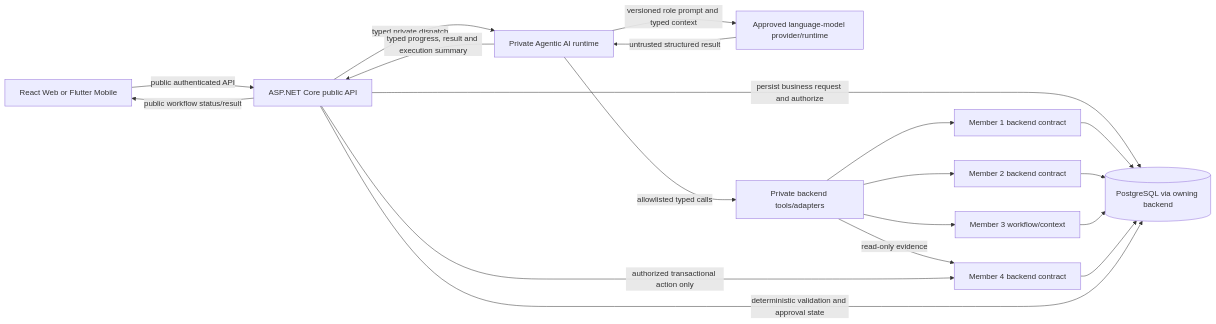
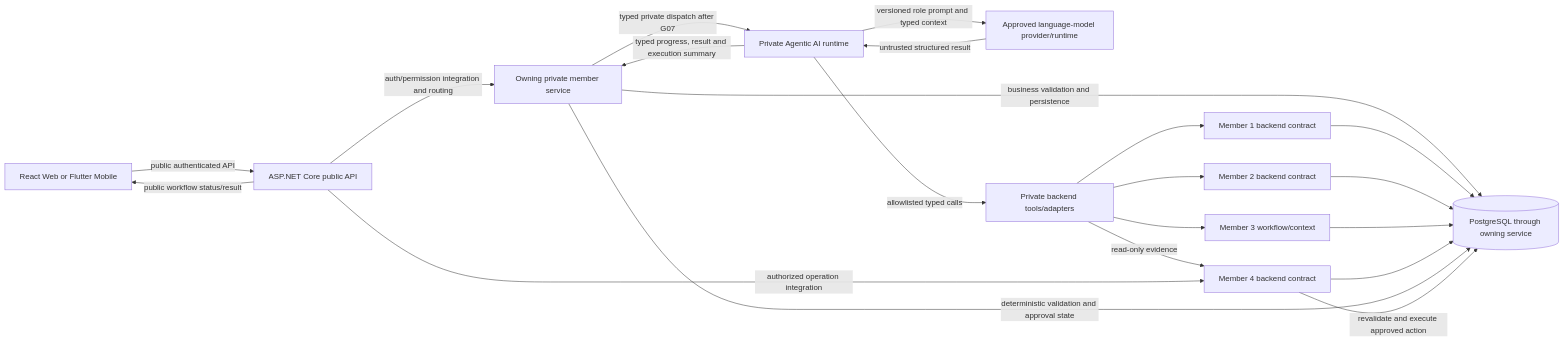
One commit to WKS2004/BLUEVERSE changed the diagram in docs/agentic-ai/implementation-blueprint.md. Above: the diagram before and after it, drawn with Mermaid. The commit also changed other lines of this file and 29 other files, not shown here.

Commit message:
Reconciled v1 architecture and guides

````diff
--- a/docs/agentic-ai/implementation-blueprint.md
+++ b/docs/agentic-ai/implementation-blueprint.md
@@ -165,21 +168,23 @@
 ```mermaid
 flowchart LR
     Client[React Web or Flutter Mobile] -->|public authenticated API| API[ASP.NET Core public API]
-    API -->|persist business request and authorize| DB[(PostgreSQL via owning backend)]
-    API -->|typed private dispatch| ORCH[Private Agentic AI runtime]
+    API -->|auth/permission integration and routing| OWNER[Owning private member service]
+    OWNER -->|business validation and persistence| DB[(PostgreSQL through owning service)]
+    OWNER -->|typed private dispatch after G07| ORCH[Private Agentic AI runtime]
     ORCH -->|versioned role prompt and typed context| MODEL[Approved language-model provider/runtime]
     ORCH -->|allowlisted typed calls| TOOLS[Private backend tools/adapters]
     TOOLS --> M1[Member 1 backend contract]
     TOOLS --> M2[Member 2 backend contract]
     TOOLS -->|read-only evidence| M4[Member 4 backend contract]
     TOOLS --> M3[Member 3 workflow/context]
     M1 --> DB
     M2 --> DB
     M3 --> DB
     M4 --> DB
     MODEL -->|untrusted structured result| ORCH
-    ORCH -->|typed progress, result and execution summary| API
-    API -->|deterministic validation and approval state| DB
-    API -->|authorized transactional action only| M4
+    ORCH -->|typed progress, result and execution summary| OWNER
+    OWNER -->|deterministic validation and approval state| DB
+    API -->|authorized operation integration| M4
+    M4 -->|revalidate and execute approved action| DB
     API -->|public workflow status/result| Client
 ```
````
